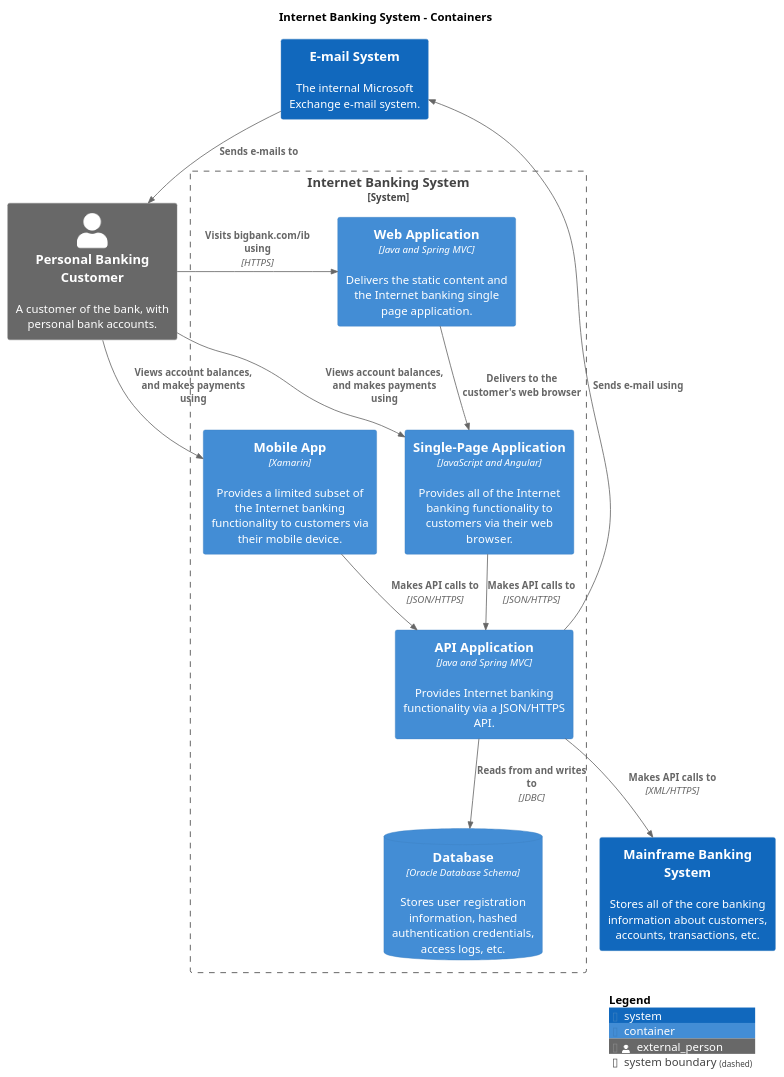
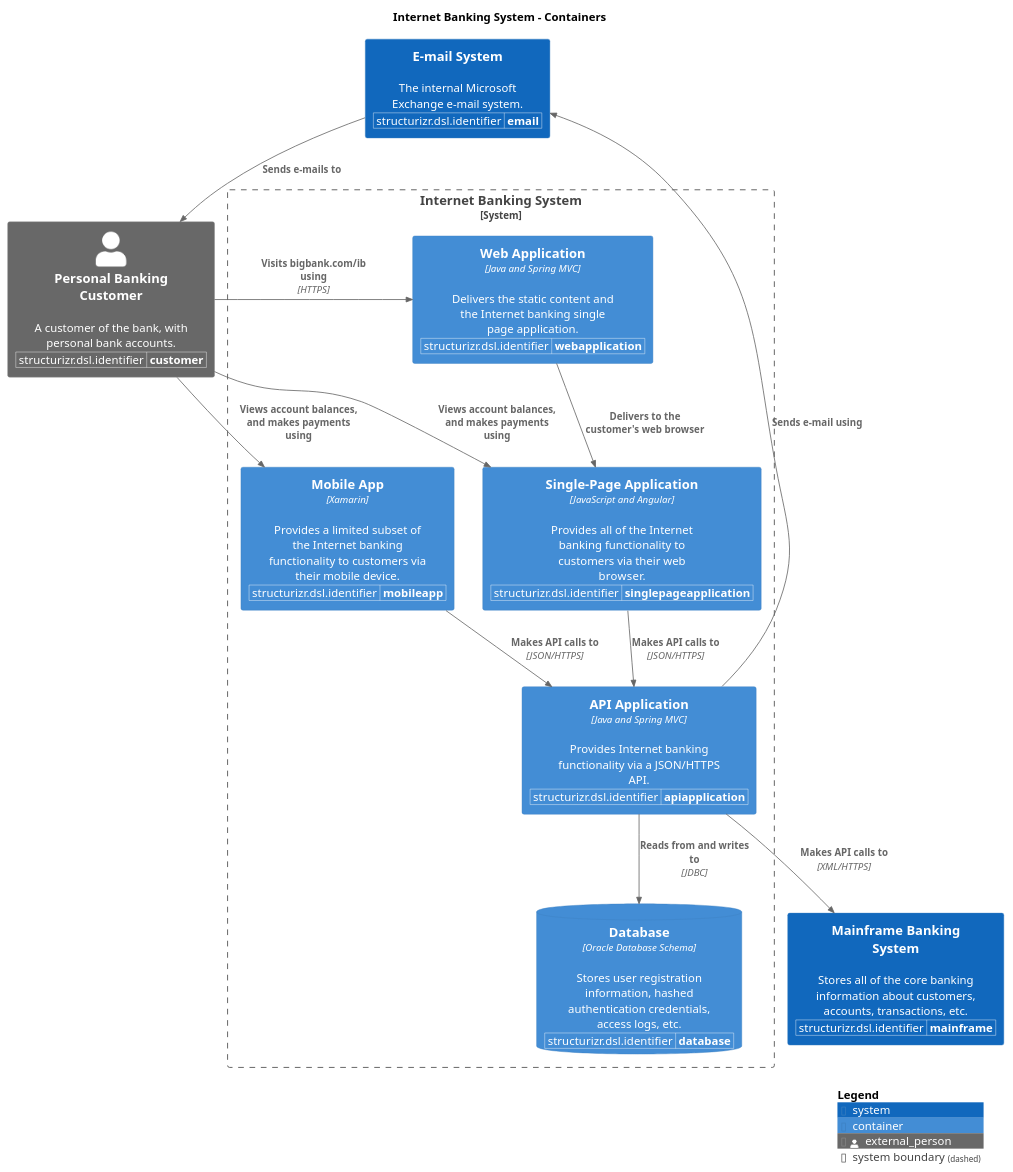
Before and after one commit to avisi-cloud/structurizr-site-generatr: the diagram in puml/Containers-Containers.puml, drawn with PlantUML. The commit also changed 78 other files, not shown here.

```diff
--- a/puml/Containers-Containers.puml
+++ b/puml/Containers-Containers.puml
@@ -1,36 +1,53 @@
 @startuml
+set separator none
 title Internet Banking System - Containers
 
 top to bottom direction
 
 !include https://raw.githubusercontent.com/plantuml-stdlib/C4-PlantUML/master/C4.puml
 !include https://raw.githubusercontent.com/plantuml-stdlib/C4-PlantUML/master/C4_Context.puml
 !include https://raw.githubusercontent.com/plantuml-stdlib/C4-PlantUML/master/C4_Container.puml
 
 skinparam svgDimensionStyle false
 skinparam preserveAspectRatio meet
+WithoutPropertyHeader()
+AddProperty("structurizr.dsl.identifier","customer")
 Person_Ext(PersonalBankingCustomer, "Personal Banking Customer", "A customer of the bank, with personal bank accounts.", $tags="")
+WithoutPropertyHeader()
+AddProperty("structurizr.dsl.identifier","mainframe")
 System(MainframeBankingSystem, "Mainframe Banking System", "Stores all of the core banking information about customers, accounts, transactions, etc.", $tags="")[[../../mainframe-banking-system/context/]]
+WithoutPropertyHeader()
+AddProperty("structurizr.dsl.identifier","email")
 System(EmailSystem, "E-mail System", "The internal Microsoft Exchange e-mail system.", $tags="")[[../../e-mail-system/context/]]
 
 System_Boundary("InternetBankingSystem_boundary", "Internet Banking System", $tags="") {
+  WithoutPropertyHeader()
+  AddProperty("structurizr.dsl.identifier","mobileapp")
   Container(InternetBankingSystem.MobileApp, "Mobile App", "Xamarin", "Provides a limited subset of the Internet banking functionality to customers via their mobile device.", $tags="")
+  WithoutPropertyHeader()
+  AddProperty("structurizr.dsl.identifier","webapplication")
   Container(InternetBankingSystem.WebApplication, "Web Application", "Java and Spring MVC", "Delivers the static content and the Internet banking single page application.", $tags="")
+  WithoutPropertyHeader()
+  AddProperty("structurizr.dsl.identifier","apiapplication")
   Container(InternetBankingSystem.APIApplication, "API Application", "Java and Spring MVC", "Provides Internet banking functionality via a JSON/HTTPS API.", $tags="")
+  WithoutPropertyHeader()
+  AddProperty("structurizr.dsl.identifier","database")
   ContainerDb(InternetBankingSystem.Database, "Database", "Oracle Database Schema", "Stores user registration information, hashed authentication credentials, access logs, etc.", $tags="")
+  WithoutPropertyHeader()
+  AddProperty("structurizr.dsl.identifier","singlepageapplication")
   Container(InternetBankingSystem.SinglePageApplication, "Single-Page Application", "JavaScript and Angular", "Provides all of the Internet banking functionality to customers via their web browser.", $tags="")
 }
 
 Rel_D(EmailSystem, PersonalBankingCustomer, "Sends e-mails to", $tags="")
 Rel_D(PersonalBankingCustomer, InternetBankingSystem.WebApplication, "Visits bigbank.com/ib using", "HTTPS", $tags="")
 Rel_D(PersonalBankingCustomer, InternetBankingSystem.SinglePageApplication, "Views account balances, and makes payments using", $tags="")
 Rel_D(PersonalBankingCustomer, InternetBankingSystem.MobileApp, "Views account balances, and makes payments using", $tags="")
 Rel_D(InternetBankingSystem.WebApplication, InternetBankingSystem.SinglePageApplication, "Delivers to the customer's web browser", $tags="")
 Rel_D(InternetBankingSystem.SinglePageApplication, InternetBankingSystem.APIApplication, "Makes API calls to", "JSON/HTTPS", $tags="")
 Rel_D(InternetBankingSystem.MobileApp, InternetBankingSystem.APIApplication, "Makes API calls to", "JSON/HTTPS", $tags="")
 Rel_D(InternetBankingSystem.APIApplication, InternetBankingSystem.Database, "Reads from and writes to", "JDBC", $tags="")
 Rel_D(InternetBankingSystem.APIApplication, MainframeBankingSystem, "Makes API calls to", "XML/HTTPS", $tags="")
 Rel_D(InternetBankingSystem.APIApplication, EmailSystem, "Sends e-mail using", $tags="")
 
 SHOW_LEGEND(true)
 @enduml
```
